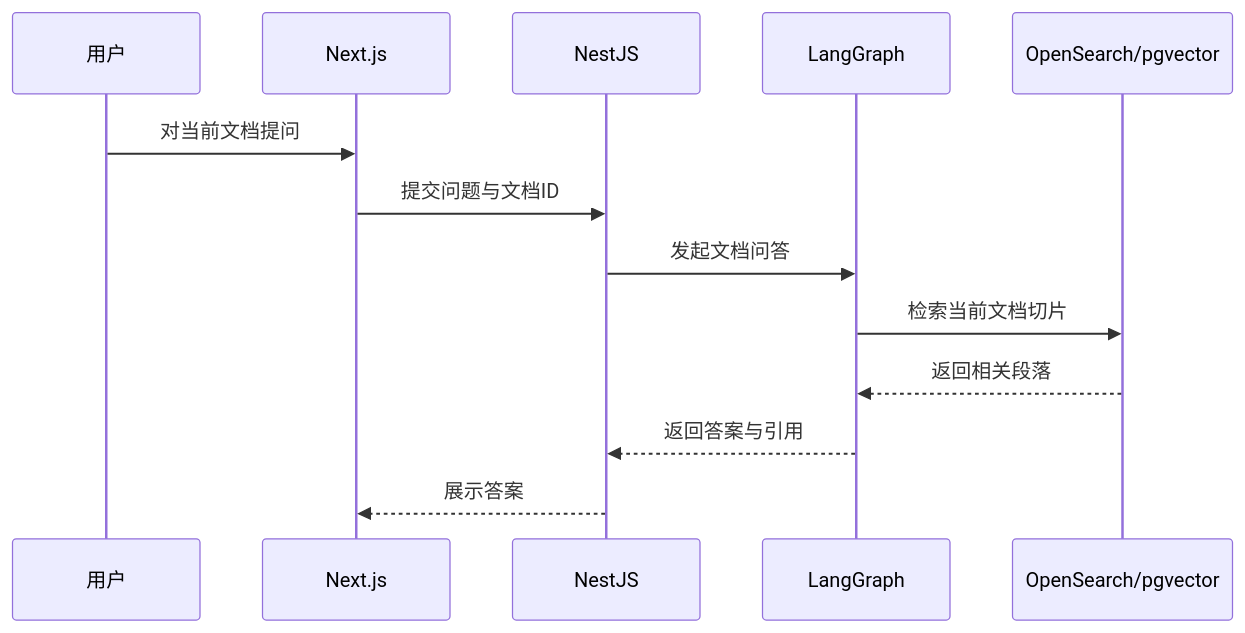
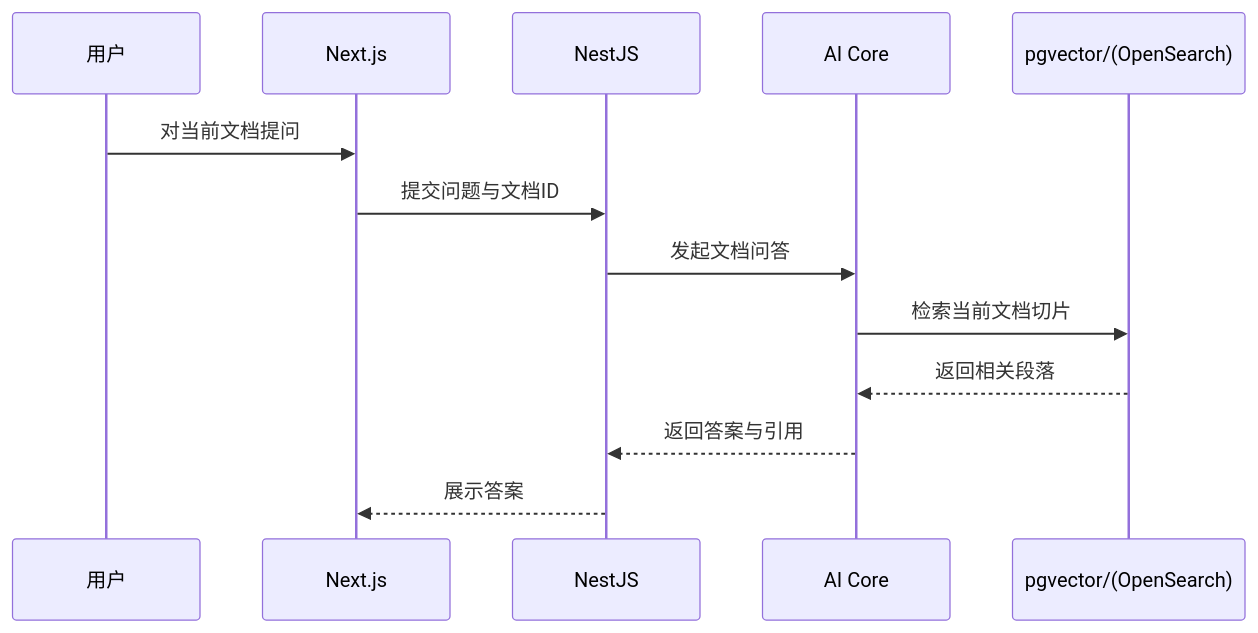
Before and after one commit to 583175694/alpha-sight: diagram 12 of 15 in docs/technical-architecture.md, drawn with Mermaid. The commit also changed other lines of this file and 1 other file, not shown here.

First line of the commit message:
feat: update technical architecture documentation for v0.3

````diff
--- a/docs/technical-architecture.md
+++ b/docs/technical-architecture.md
@@ -759,16 +929,16 @@
 ```mermaid
 sequenceDiagram
     participant U as 用户
     participant FE as Next.js
     participant API as NestJS
-    participant AI as LangGraph
-    participant IDX as OpenSearch/pgvector
+    participant AICORE as AI Core
+    participant IDX as pgvector/(OpenSearch)
 
     U->>FE: 对当前文档提问
     FE->>API: 提交问题与文档ID
-    API->>AI: 发起文档问答
-    AI->>IDX: 检索当前文档切片
-    IDX-->>AI: 返回相关段落
-    AI-->>API: 返回答案与引用
+    API->>AICORE: 发起文档问答
+    AICORE->>IDX: 检索当前文档切片
+    IDX-->>AICORE: 返回相关段落
+    AICORE-->>API: 返回答案与引用
     API-->>FE: 展示答案
 ```
````
